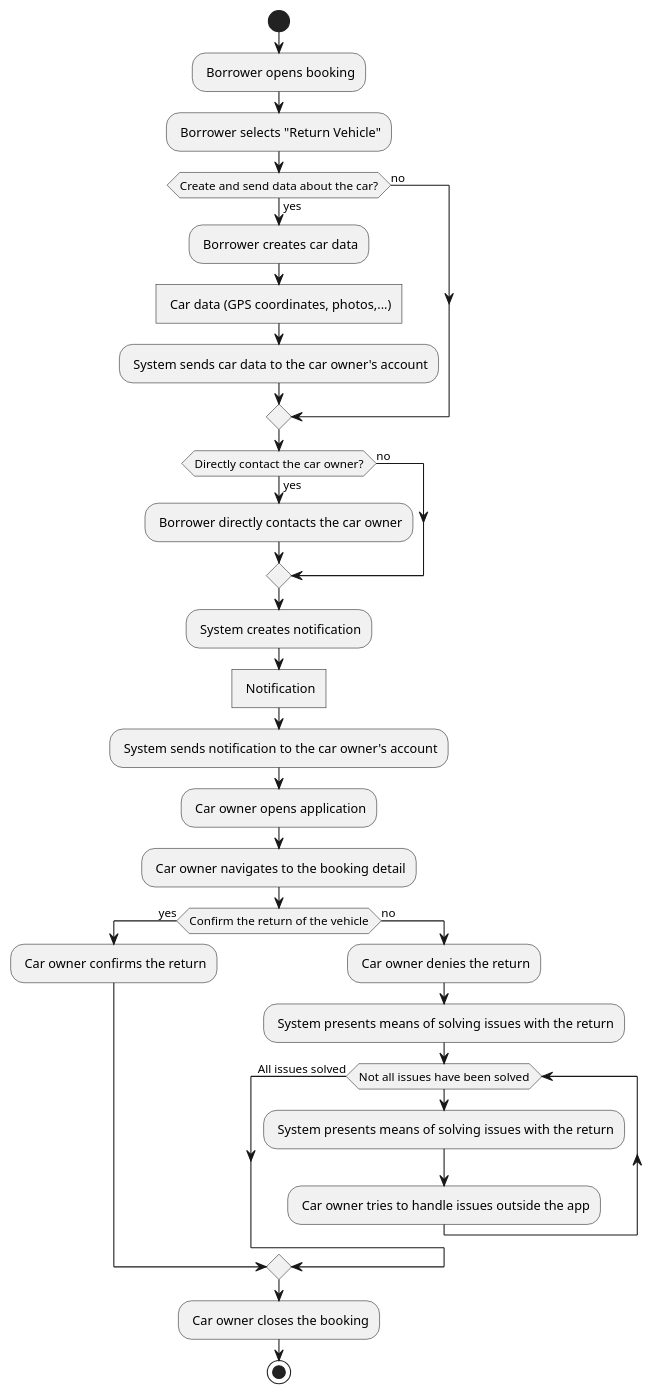
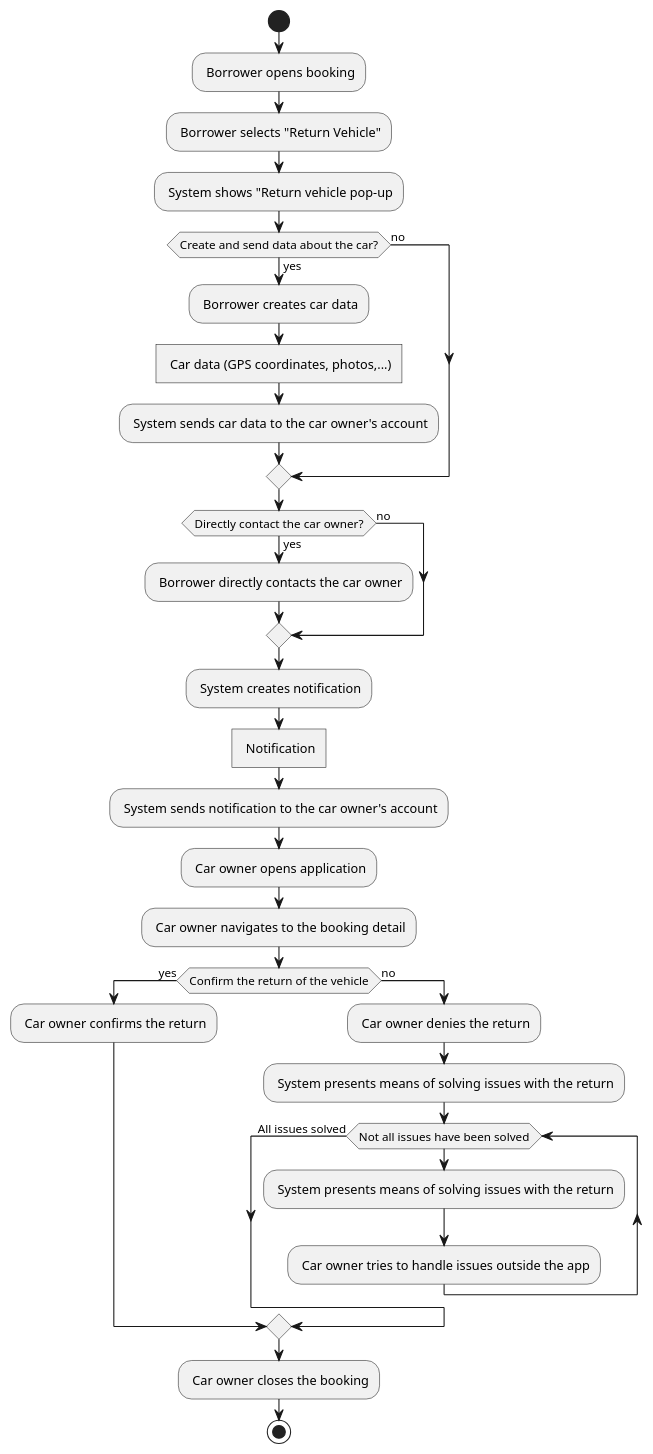
Before and after one commit to bruzla/NSWI041: the diagram in usecase_diagram/activity_diagram/uc-010.plantuml, drawn with PlantUML.

```diff
--- a/usecase_diagram/activity_diagram/uc-010.plantuml
+++ b/usecase_diagram/activity_diagram/uc-010.plantuml
@@ -1,46 +1,47 @@
 @startuml
 !pragma useBetaStyle true
 
 start
 
 : Borrower opens booking;
 : Borrower selects "Return Vehicle";
+: System shows "Return vehicle pop-up;
 
 if (Create and send data about the car?) then (yes)
  : Borrower creates car data;
  : Car data (GPS coordinates, photos,...)]
  : System sends car data to the car owner's account;
 else (no)
 endif
 
 
 if (Directly contact the car owner?) then (yes)
  : Borrower directly contacts the car owner;
 else (no)
 endif
 
 : System creates notification;
 : Notification]
 : System sends notification to the car owner's account;
 
 : Car owner opens application;
 : Car owner navigates to the booking detail;
 
 if (Confirm the return of the vehicle) then (yes)
   
  : Car owner confirms the return;
  
 else (no)
  : Car owner denies the return;
  : System presents means of solving issues with the return;
  while (Not all issues have been solved)
   : System presents means of solving issues with the return;
   : Car owner tries to handle issues outside the app;
  endwhile (All issues solved)
 
 endif
 
 : Car owner closes the booking;
 
 stop
 @enduml
```
